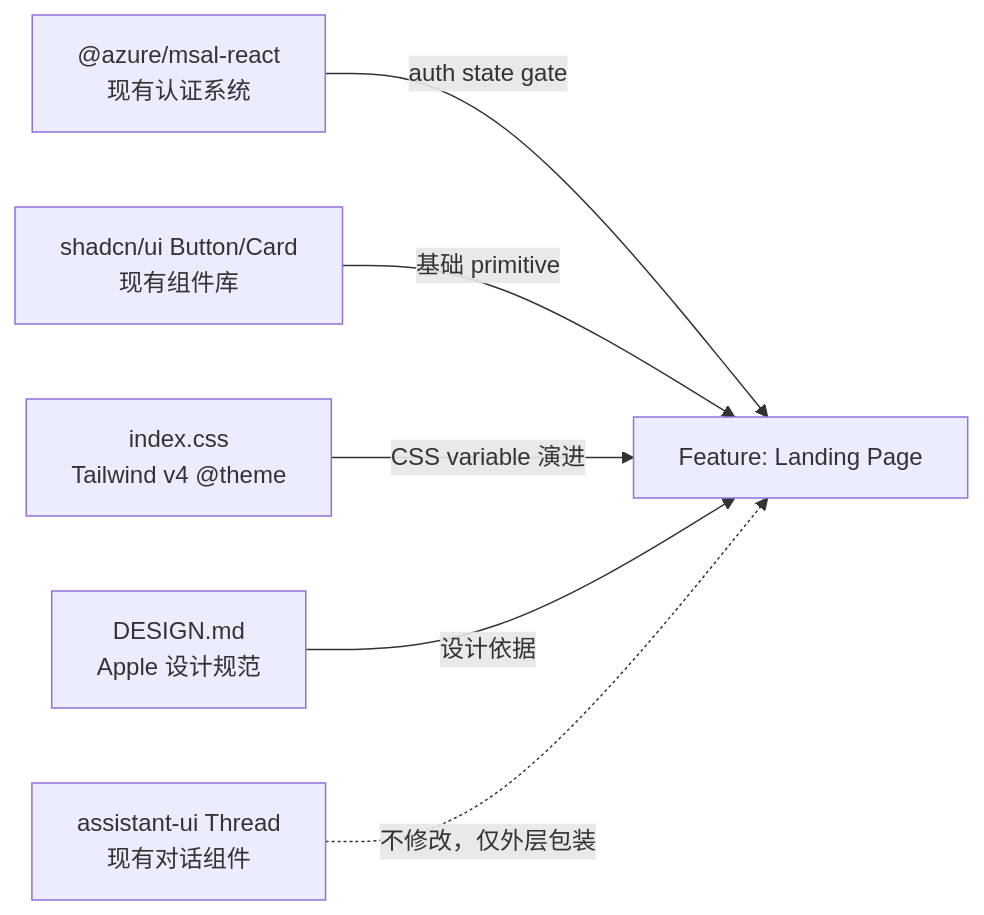
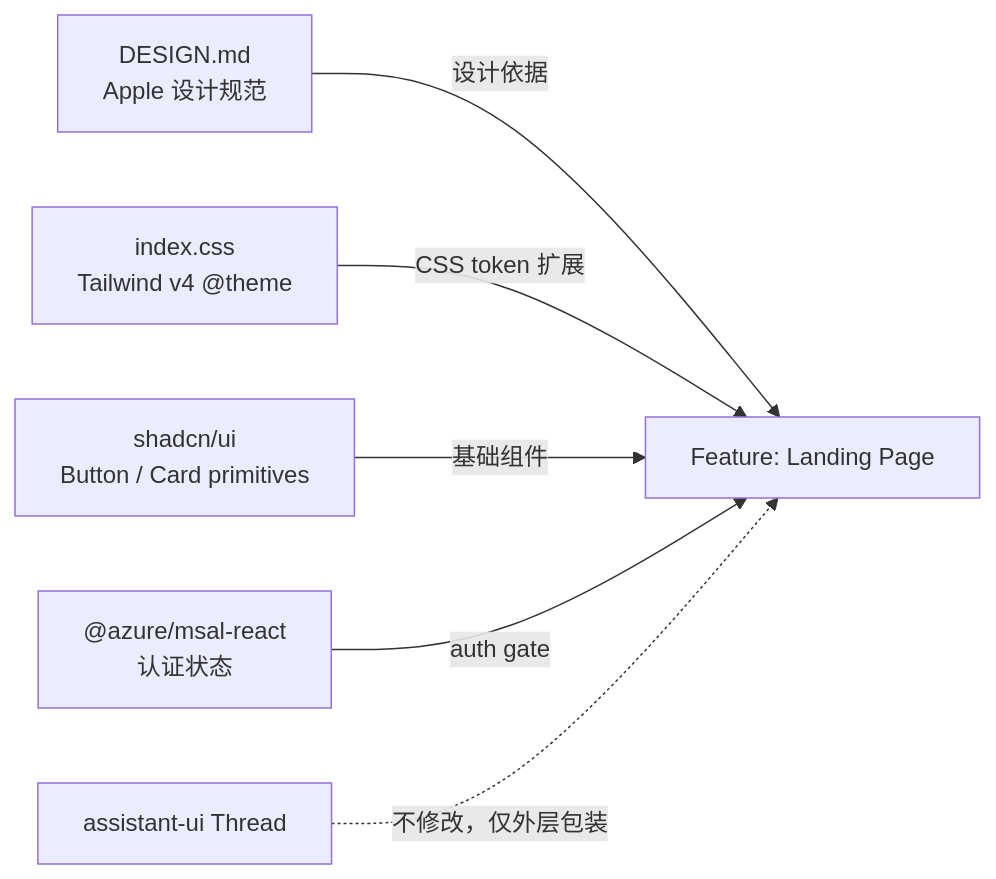
One commit to git-malu/personal-assistant changed the third of 3 diagrams in personal-assistant-meta/issues/features/feature-landing-page/issue.md. Above: the diagram before and after it, drawn with Mermaid. The commit also changed other lines of this file, not shown here.

First line of the commit message:
Revise Landing Page design document with clarified scope and AuthGuard architecture

````diff
--- a/personal-assistant-meta/issues/features/feature-landing-page/issue.md
+++ b/personal-assistant-meta/issues/features/feature-landing-page/issue.md
@@ -148,9 +102,9 @@
 ```mermaid
 flowchart LR
-    THIS["Feature: Landing Page"] 
-    MSAL_DEP["@azure/msal-react<br/>现有认证系统"] -->|"auth state gate"| THIS
-    SHADCN["shadcn/ui Button/Card<br/>现有组件库"] -->|"基础 primitive"| THIS
-    CSS["index.css<br/>Tailwind v4 @theme"] -->|"CSS variable 演进"| THIS
+    THIS["Feature: Landing Page"]
     DESIGN["DESIGN.md<br/>Apple 设计规范"] -->|"设计依据"| THIS
-    THREAD_DEP["assistant-ui Thread<br/>现有对话组件"] -.->|"不修改，仅外层包装"| THIS
+    CSS["index.css<br/>Tailwind v4 @theme"] -->|"CSS token 扩展"| THIS
+    SHADCN["shadcn/ui<br/>Button / Card primitives"] -->|"基础组件"| THIS
+    MSAL["@azure/msal-react<br/>认证状态"] -->|"auth gate"| THIS
+    THREAD["assistant-ui Thread"] -.->|"不修改，仅外层包装"| THIS
 ```
````
